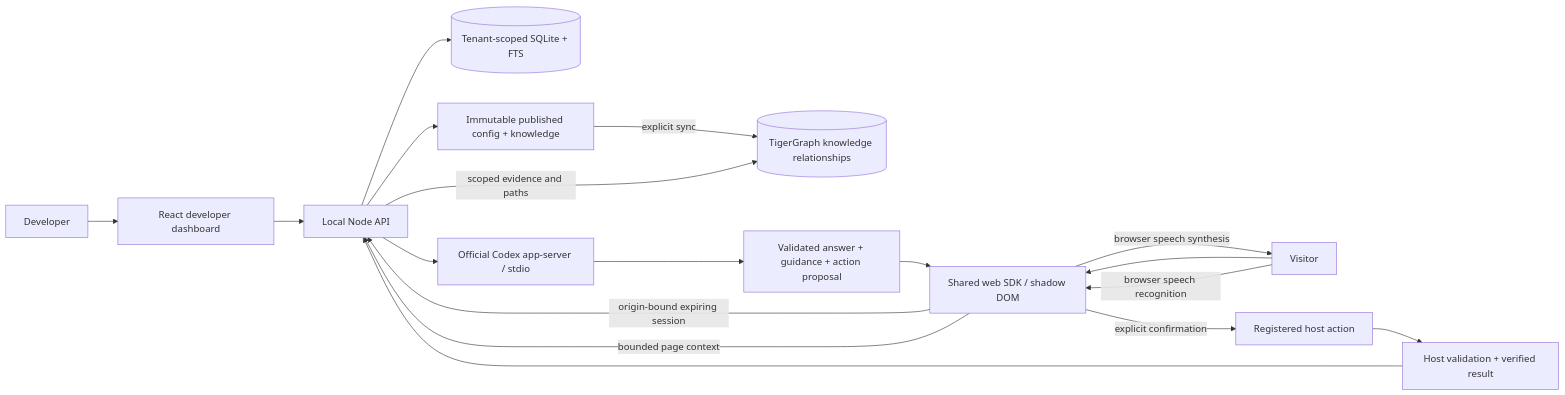
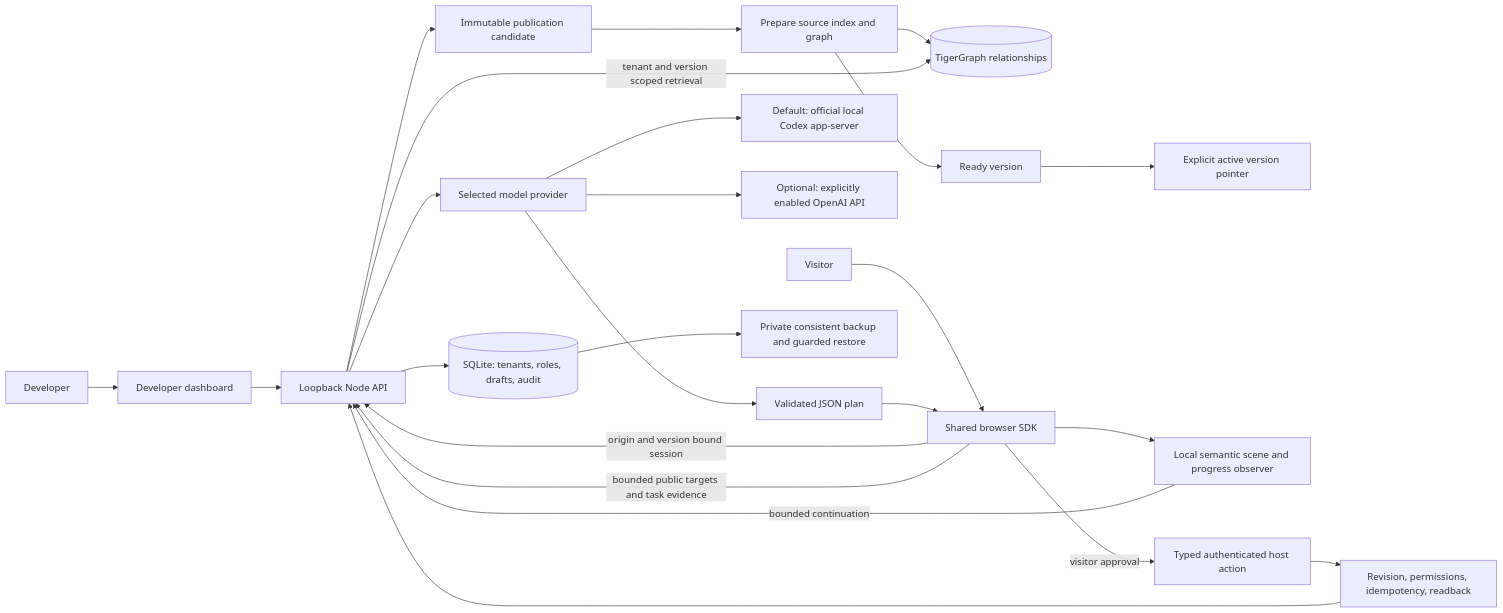
Before and after one commit to Nithesh8678/guidekit: the diagram in docs/architecture.md, drawn with Mermaid. The commit also changed other lines of this file and 2 other files, not shown here.

Commit message:
Document publication journeys account recovery and release acceptance

````diff
--- a/docs/architecture.md
+++ b/docs/architecture.md
@@ -3,20 +3,26 @@
 ```mermaid
 flowchart LR
-  Developer --> Dashboard[React developer dashboard]
-  Dashboard --> API[Local Node API]
-  API --> DB[(Tenant-scoped SQLite + FTS)]
-  API --> Versions[Immutable published config + knowledge]
-  Visitor --> SDK[Shared web SDK / shadow DOM]
-  SDK -->|origin-bound expiring session| API
-  SDK -->|bounded page context| API
-  Versions -->|explicit sync| Graph[(TigerGraph knowledge relationships)]
-  API -->|scoped evidence and paths| Graph
-  Visitor -->|browser speech recognition| SDK
-  SDK -->|browser speech synthesis| Visitor
-  API --> Runtime[Official Codex app-server / stdio]
-  Runtime --> Plan[Validated answer + guidance + action proposal]
+  Developer --> Dashboard[Developer dashboard]
+  Dashboard --> API[Loopback Node API]
+  API --> DB[(SQLite: tenants, roles, drafts, audit)]
+  API --> Candidate[Immutable publication candidate]
+  Candidate --> Prepare[Prepare source index and graph]
+  Prepare --> Graph[(TigerGraph relationships)]
+  Prepare --> Ready[Ready version]
+  Ready --> Active[Explicit active version pointer]
+  Visitor --> SDK[Shared browser SDK]
+  SDK -->|origin and version bound session| API
+  SDK -->|bounded public targets and task evidence| API
+  API -->|tenant and version scoped retrieval| Graph
+  API --> Runtime[Selected model provider]
+  Runtime --> Local[Default: official local Codex app-server]
+  Runtime --> Hosted[Optional: explicitly enabled OpenAI API]
+  Runtime --> Plan[Validated JSON plan]
   Plan --> SDK
-  SDK -->|explicit confirmation| Host[Registered host action]
-  Host --> Outcome[Host validation + verified result]
-  Outcome --> API
+  SDK --> Observe[Local semantic scene and progress observer]
+  Observe -->|bounded continuation| API
+  SDK -->|visitor approval| Host[Typed authenticated host action]
+  Host --> Verify[Revision, permissions, idempotency, readback]
+  Verify --> API
+  DB --> Backup[Private consistent backup and guarded restore]
 ```
````
